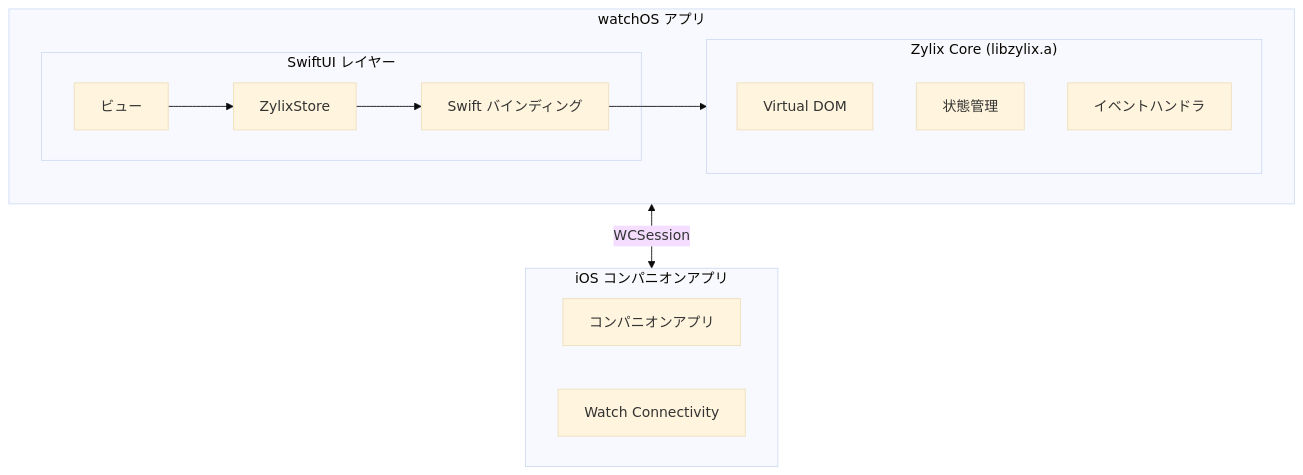
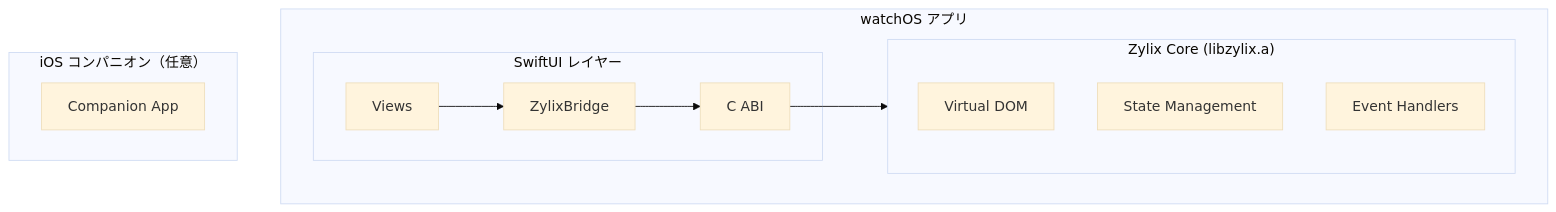
Before and after one commit to kotsutsumi/zylix: the diagram in site/content/docs/platforms/watchos.ja.md, drawn with Mermaid (base theme). The commit also changed other lines of this file and 30 other files, not shown here.

````diff
--- a/site/content/docs/platforms/watchos.ja.md
+++ b/site/content/docs/platforms/watchos.ja.md
@@ -27,27 +29,24 @@
 ```mermaid
 flowchart TB
     subgraph Watch["watchOS アプリ"]
         subgraph WatchSwift["SwiftUI レイヤー"]
-            WatchViews["ビュー"]
-            WatchStore["ZylixStore"]
-            WatchBinding["Swift バインディング"]
+            WatchViews["Views"]
+            WatchStore["ZylixBridge"]
+            WatchBinding["C ABI"]
         end
 
         subgraph WatchZig["Zylix Core (libzylix.a)"]
             WatchVDOM["Virtual DOM"]
-            WatchState["状態管理"]
-            WatchEvents["イベントハンドラ"]
+            WatchState["State Management"]
+            WatchEvents["Event Handlers"]
         end
 
         WatchViews --> WatchStore
         WatchStore --> WatchBinding
         WatchBinding --> WatchZig
     end
 
-    subgraph iOS["iOS コンパニオンアプリ"]
-        CompanionApp["コンパニオンアプリ"]
-        WatchConnectivity["Watch Connectivity"]
+    subgraph iOS["iOS コンパニオン（任意）"]
+        CompanionApp["Companion App"]
     end
-
-    Watch <--> |WCSession| iOS
 ```
````
